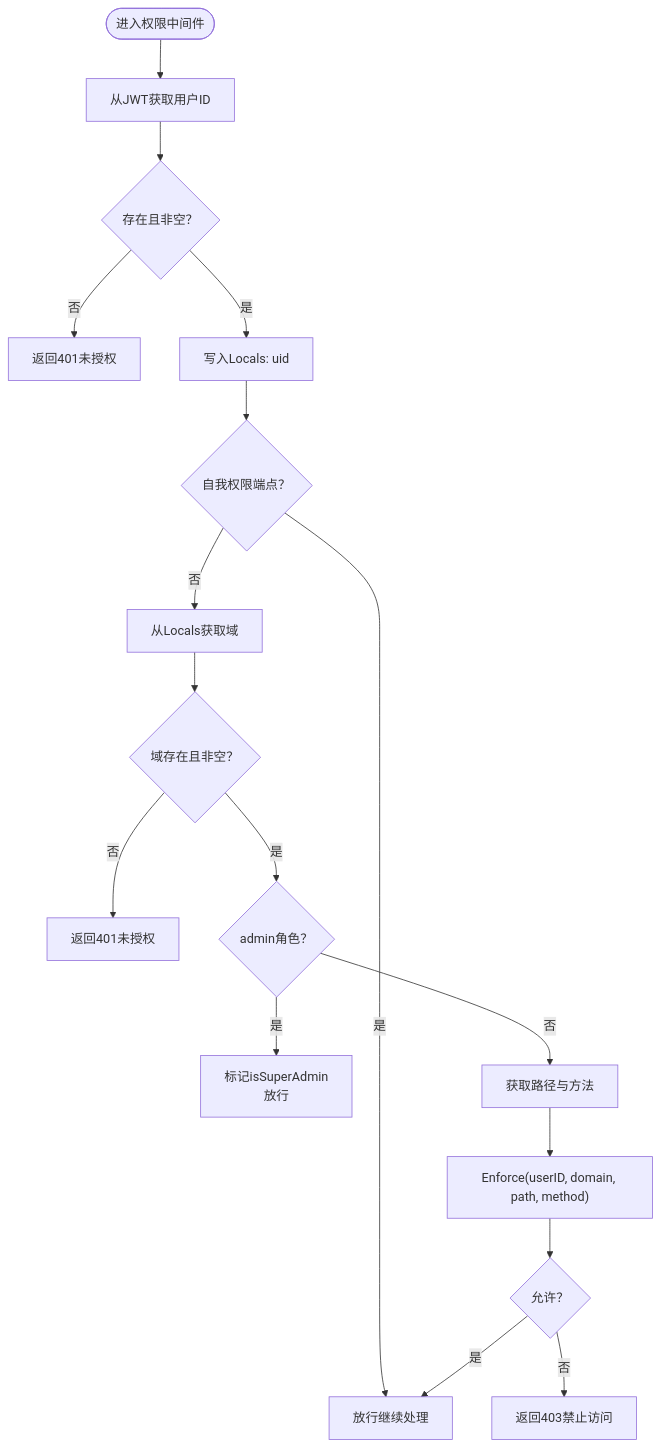
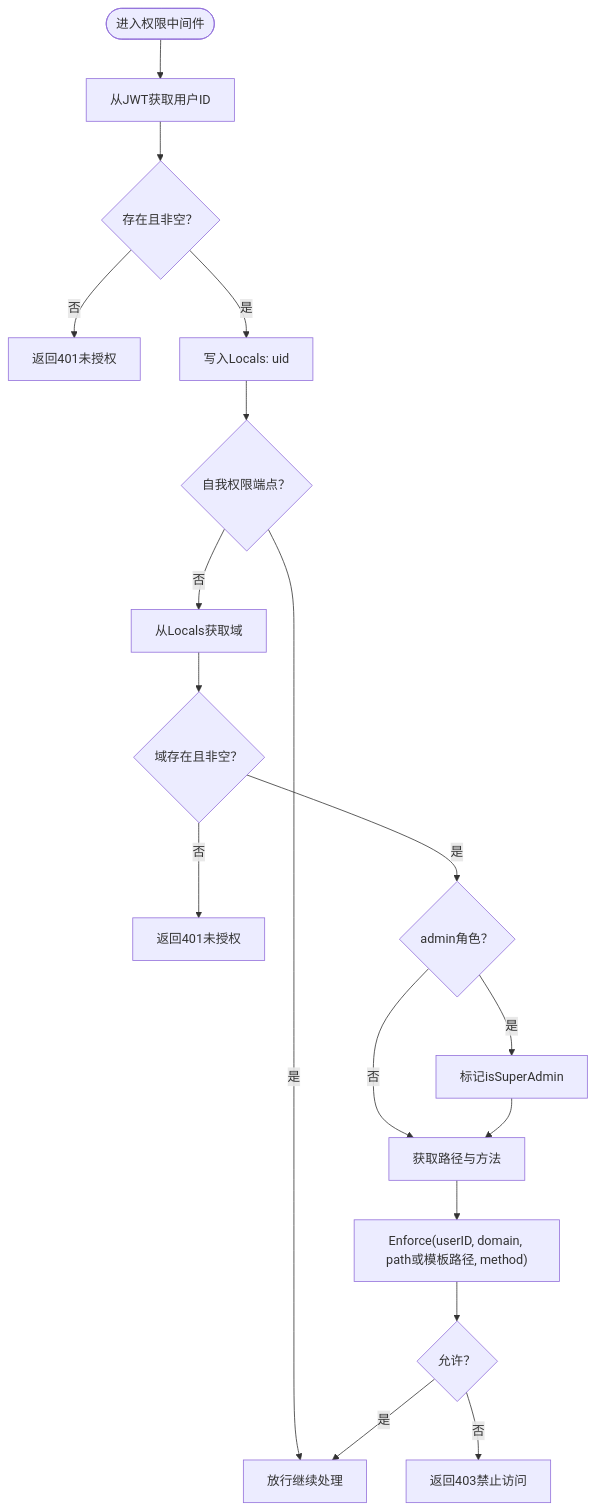
Before and after one commit to wuwuseo/e-sports-go-admin: the third of 6 diagrams in .qoder/repowiki/zh/content/核心模块/权限控制模块.md, drawn with Mermaid. The commit also changed other lines of this file and 15 other files, not shown here.

````diff
--- a/.qoder/repowiki/zh/content/核心模块/权限控制模块.md
+++ b/.qoder/repowiki/zh/content/核心模块/权限控制模块.md
@@ -171,19 +186,20 @@
 ```mermaid
 flowchart TD
 Start(["进入权限中间件"]) --> GetClaims["从JWT获取用户ID"]
 GetClaims --> HasUID{"存在且非空？"}
 HasUID --> |否| Unauthorized["返回401未授权"]
 HasUID --> |是| SetLocals["写入Locals: uid"]
 SetLocals --> IsSelfEP{"自我权限端点？"}
 IsSelfEP --> |是| Next["放行继续处理"]
 IsSelfEP --> |否| GetDomain["从Locals获取域"]
 GetDomain --> HasDomain{"域存在且非空？"}
 HasDomain --> |否| DomainErr["返回401未授权"]
 HasDomain --> |是| CheckAdmin{"admin角色？"}
-CheckAdmin --> |是| MarkAdmin["标记isSuperAdmin<br/>放行"]
+CheckAdmin --> |是| MarkAdmin["标记isSuperAdmin"]
 CheckAdmin --> |否| GetReqInfo["获取路径与方法"]
-GetReqInfo --> EnforceCall["Enforce(userID, domain, path, method)"]
+MarkAdmin --> GetReqInfo
+GetReqInfo --> EnforceCall["Enforce(userID, domain, path或模板路径, method)"]
 EnforceCall --> Decision{"允许？"}
 Decision --> |否| Forbidden["返回403禁止访问"]
 Decision --> |是| Next
 ```
````
